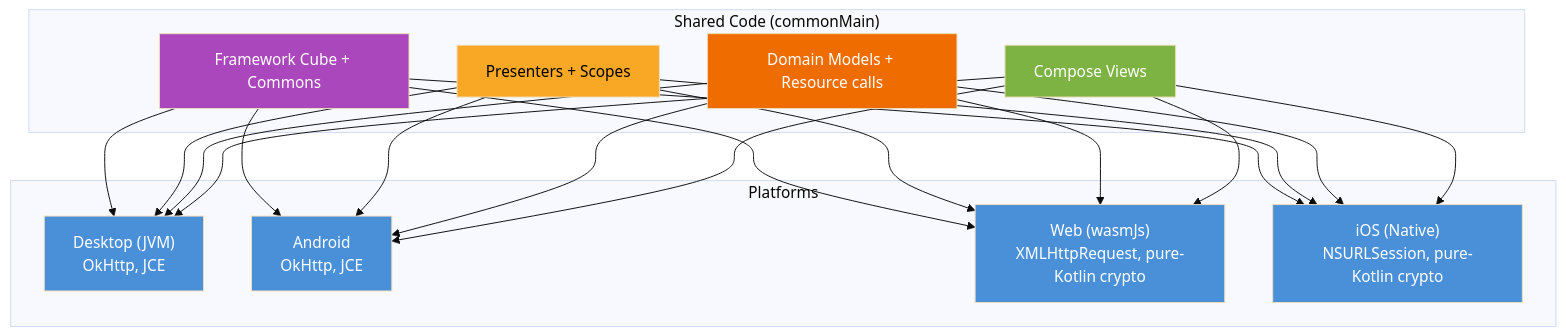
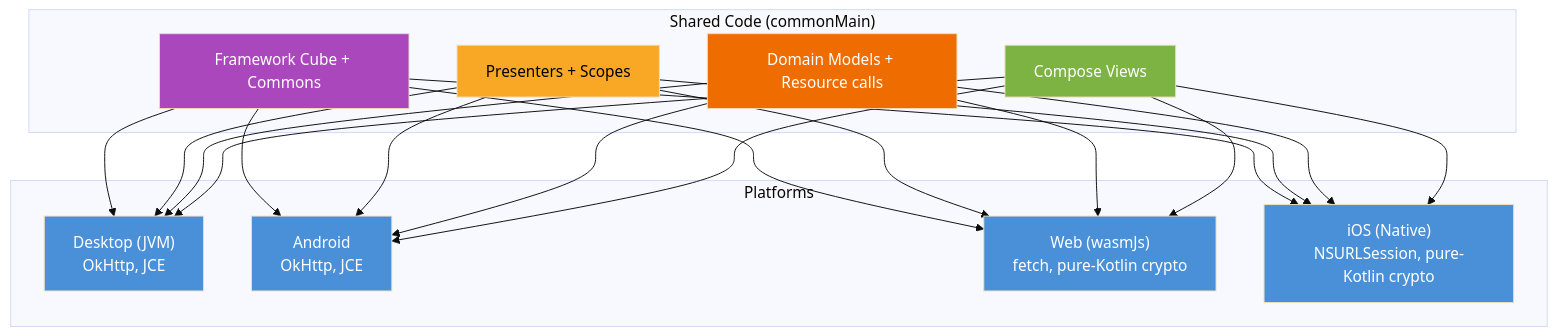
One commit to mrcdom/wdc-cube-kotlin changed the third of 10 diagrams in docs/architecture.md. Above: the diagram before and after it, drawn with Mermaid (base theme). The commit also changed other lines of this file and 38 other files, not shown here.

````diff
--- a/docs/architecture.md
+++ b/docs/architecture.md
@@ -191,42 +200,42 @@
 ```mermaid
 graph TB
     subgraph "Shared Code (commonMain)"
         FW[Framework Cube + Commons]
         PRES[Presenters + Scopes]
         DOM[Domain Models + Resource calls]
         VIEW[Compose Views]
     end
 
     subgraph "Platforms"
         JVM["Desktop (JVM)<br/>OkHttp, JCE"]
         AND["Android<br/>OkHttp, JCE"]
-        WASM["Web (wasmJs)<br/>XMLHttpRequest, pure-Kotlin crypto"]
+        WASM["Web (wasmJs)<br/>fetch, pure-Kotlin crypto"]
         IOSN["iOS (Native)<br/>NSURLSession, pure-Kotlin crypto"]
     end
 
     FW --> JVM
     FW --> AND
     FW --> WASM
     FW --> IOSN
     PRES --> JVM
     PRES --> AND
     PRES --> WASM
     PRES --> IOSN
     DOM --> JVM
     DOM --> AND
     DOM --> WASM
     DOM --> IOSN
     VIEW --> JVM
     VIEW --> AND
     VIEW --> WASM
     VIEW --> IOSN
 
     style FW fill:#ab47bc,color:#fff
     style PRES fill:#f9a825,color:#000
     style DOM fill:#ef6c00,color:#fff
     style VIEW fill:#7cb342,color:#fff
     style JVM fill:#4a90d9,color:#fff
     style AND fill:#4a90d9,color:#fff
     style WASM fill:#4a90d9,color:#fff
     style IOSN fill:#4a90d9,color:#fff
 ```
````
